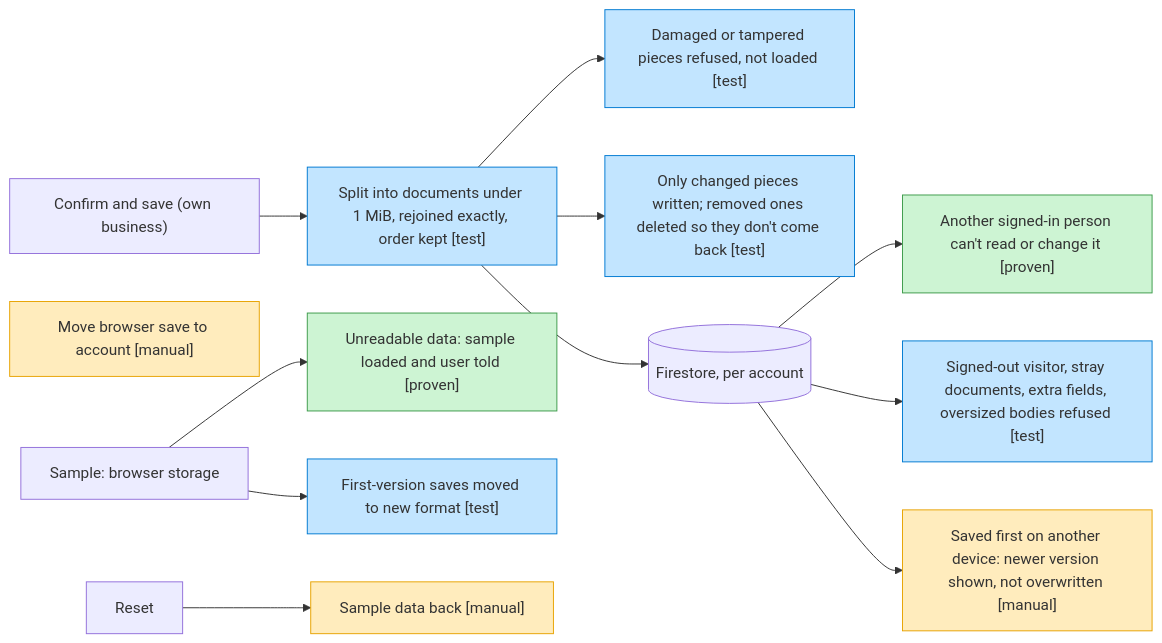
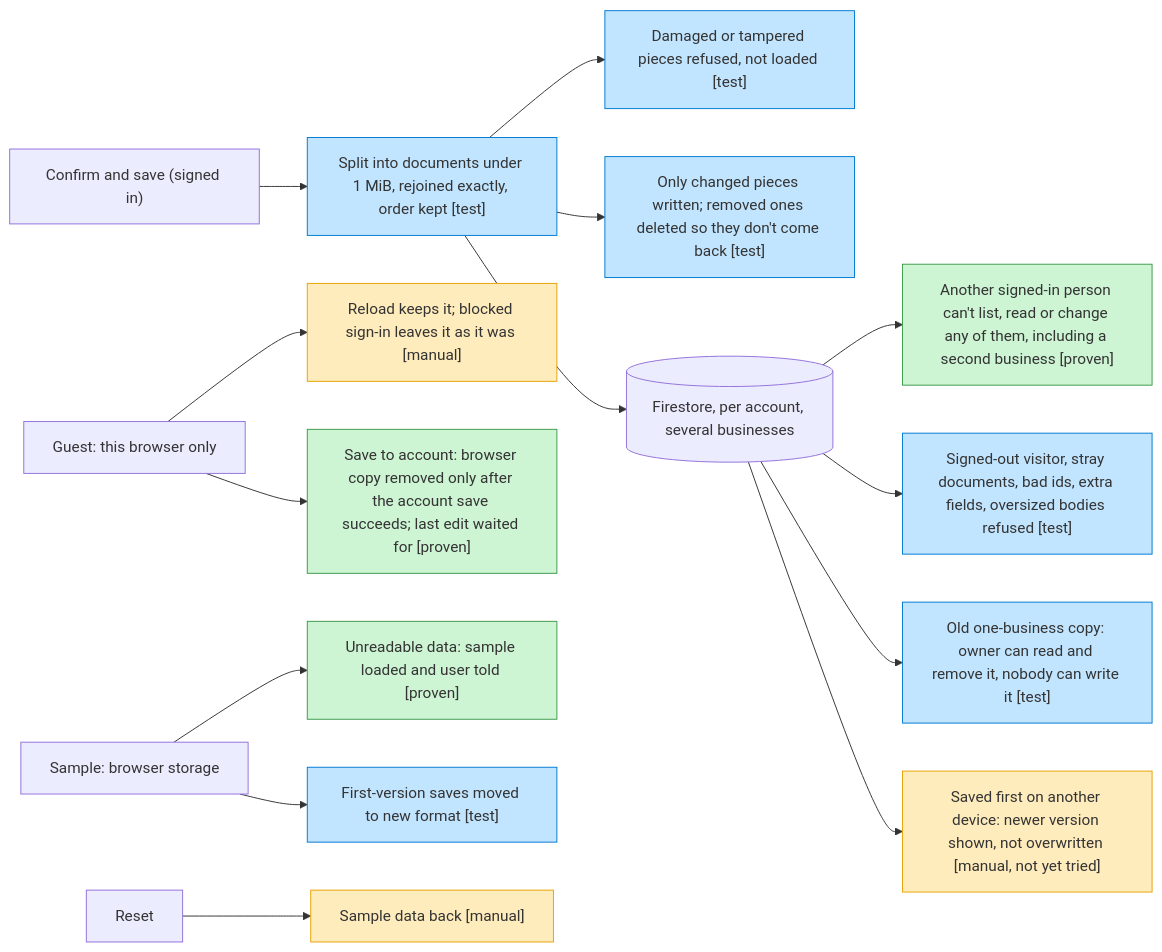
The fifth of 7 diagrams in docs/07-bug-map.md (gouravhanumante/rehearsal-ai-builder-cup), drawn with Mermaid before and after one commit. The commit also changed other lines of this file and 19 other files, not shown here.

Commit message:
Guest mode and several businesses per account: guest saved in this browser, asked before saving to the account, browser copy removed only after Firestore confirms; businesses list, switch, delete one; rules for the new layout

````diff
--- a/docs/07-bug-map.md
+++ b/docs/07-bug-map.md
@@ -109,20 +109,22 @@
 ```mermaid
 flowchart LR
-  s["Confirm and save (own business)"] --> sp["Split into documents under 1 MiB, rejoined exactly, order kept [test]"]
+  s["Confirm and save (signed in)"] --> sp["Split into documents under 1 MiB, rejoined exactly, order kept [test]"]
   sp --> dmg["Damaged or tampered pieces refused, not loaded [test]"]
   sp --> only["Only changed pieces written; removed ones deleted so they don't come back [test]"]
-  sp --> fs[("Firestore, per account")]
-  fs --> own["Another signed-in person can't read or change it [proven]"]
-  fs --> anon["Signed-out visitor, stray documents, extra fields, oversized bodies refused [test]"]
-  fs --> two["Saved first on another device: newer version shown, not overwritten [manual]"]
-  mv["Move browser save to account [manual]"]
+  sp --> fs[("Firestore, per account, several businesses")]
+  fs --> own["Another signed-in person can't list, read or change any of them, including a second business [proven]"]
+  fs --> anon["Signed-out visitor, stray documents, bad ids, extra fields, oversized bodies refused [test]"]
+  fs --> old["Old one-business copy: owner can read and remove it, nobody can write it [test]"]
+  fs --> two["Saved first on another device: newer version shown, not overwritten [manual, not yet tried]"]
+  g["Guest: this browser only"] --> keep["Reload keeps it; blocked sign-in leaves it as it was [manual]"]
+  g --> mv["Save to account: browser copy removed only after the account save succeeds; last edit waited for [proven]"]
   d["Sample: browser storage"] --> bad["Unreadable data: sample loaded and user told [proven]"]
   d --> v1["First-version saves moved to new format [test]"]
   rs["Reset"] --> seed["Sample data back [manual]"]
   classDef proven fill:#CDF4D3,stroke:#3E9B4B
   classDef test fill:#C2E5FF,stroke:#007AD2
   classDef manual fill:#FFECBD,stroke:#E8A302
-  class own,bad proven
-  class sp,dmg,only,anon,v1 test
-  class two,mv,seed manual
+  class own,bad,mv proven
+  class sp,dmg,only,anon,old,v1 test
+  class two,keep,seed manual
 ```
````
